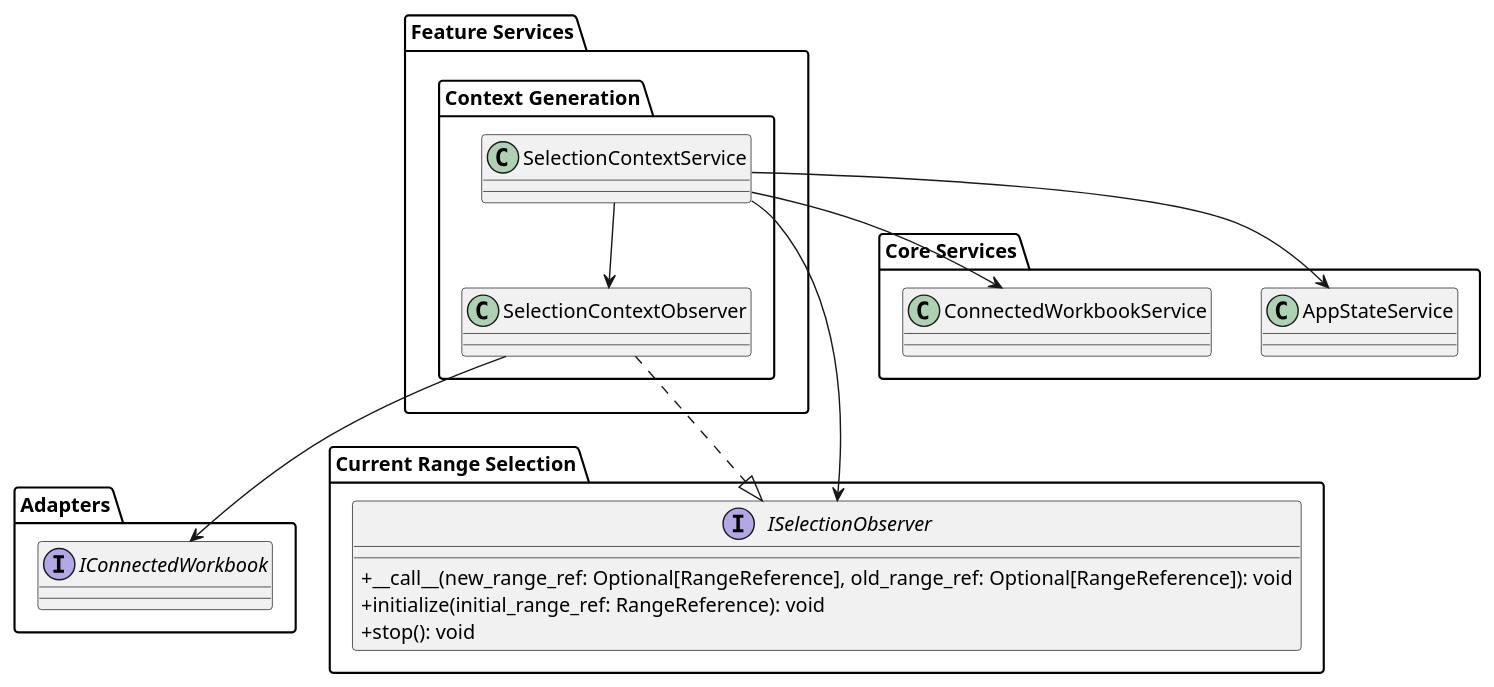
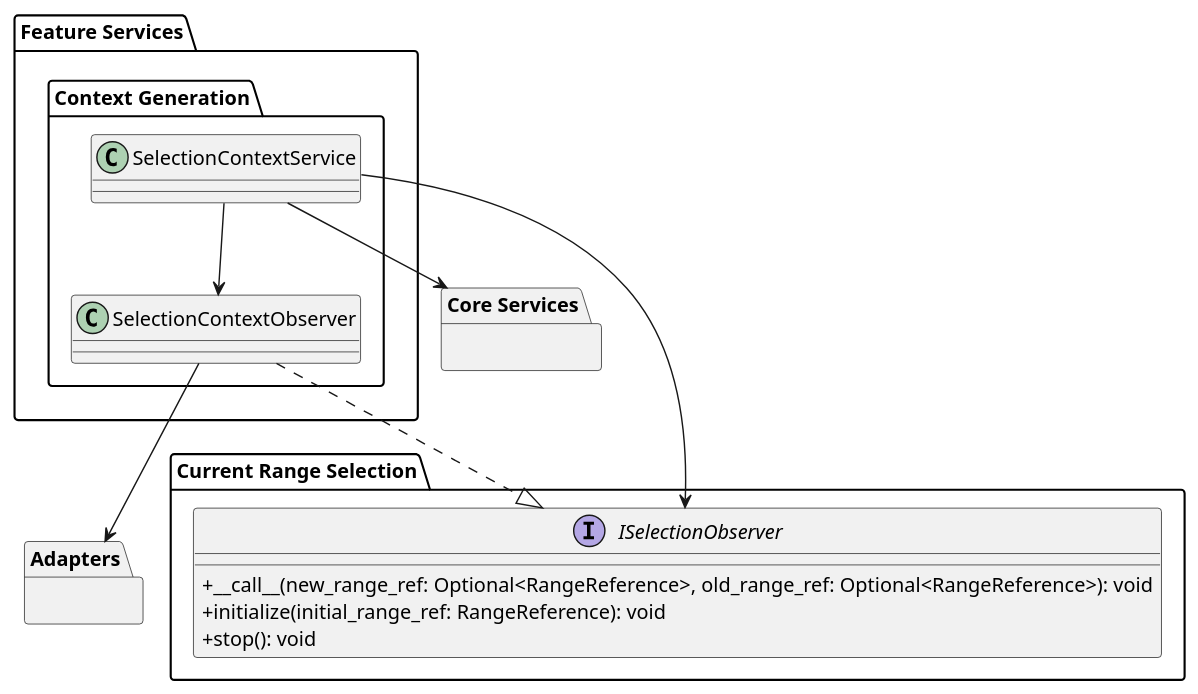
One commit to ByeByeExcel/SpreadsheetExplorer changed the diagram in diagrams/plantuml/architecture/class_diagram_services_context_generation.puml. Above: the diagram before and after it, drawn with PlantUML. The commit also changed 16 other files, not shown here.

Commit message:
* replaced [] with <> in diagrams * made public properties private where possible

```diff
--- a/diagrams/plantuml/architecture/class_diagram_services_context_generation.puml
+++ b/diagrams/plantuml/architecture/class_diagram_services_context_generation.puml
@@ -1,38 +1,34 @@
 @startuml
 skinparam classAttributeIconSize 0
 
 ' === FEATURE SERVICES PACKAGE ===
 package "Adapters" {
-    interface IConnectedWorkbook {}
 }
 package "Current Range Selection"{
     interface ISelectionObserver {
-        +__call__(new_range_ref: Optional[RangeReference], old_range_ref: Optional[RangeReference]): void
+        +__call__(new_range_ref: Optional<RangeReference>, old_range_ref: Optional<RangeReference>): void
         + initialize(initial_range_ref: RangeReference): void
         + stop(): void
     }
 }
 
 package "Feature Services" {
     package "Context Generation" {
         class SelectionContextService {}
         class SelectionContextObserver {}
 
-        SelectionContextObserver --> IConnectedWorkbook
+        SelectionContextObserver --> "Adapters"
         SelectionContextObserver ..|> ISelectionObserver
         SelectionContextService --> SelectionContextObserver
         SelectionContextService --> ISelectionObserver
     }
 }
 
 ' === CORE SERVICES ===
 package "Core Services" {
-    class AppStateService
-    class ConnectedWorkbookService
 }
 
 ' === DEPENDENCIES ===
-SelectionContextService --> AppStateService
-SelectionContextService --> ConnectedWorkbookService
+SelectionContextService --> "Core Services"
 
 @enduml
```
